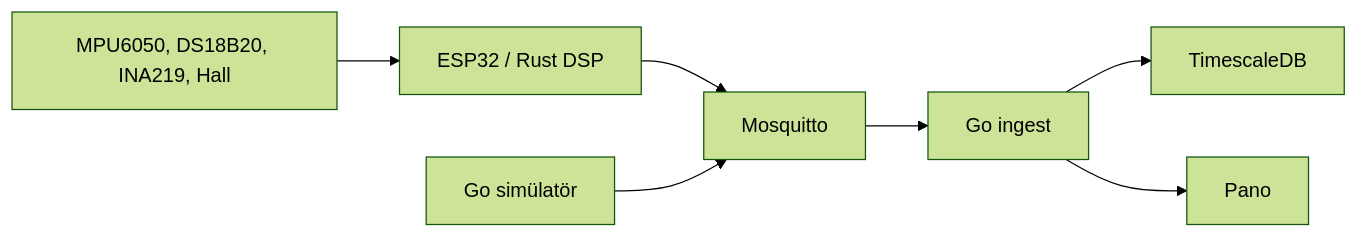
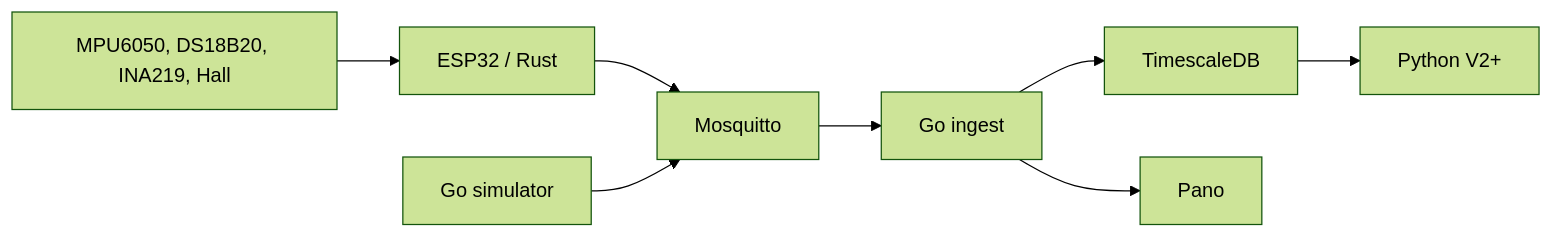
One commit to diclebolek/devopsProjeSon changed the second of 2 diagrams in sentra/README.md. Above: the diagram before and after it, drawn with Mermaid (forest theme). The commit also changed other lines of this file and 2 other files, not shown here.

````diff
--- a/sentra/README.md
+++ b/sentra/README.md
@@ -7,9 +102,10 @@
 ```mermaid
 flowchart LR
-  sensors["MPU6050, DS18B20, INA219, Hall"] --> edge["ESP32 / Rust DSP"]
+  sensors["MPU6050, DS18B20, INA219, Hall"] --> edge["ESP32 / Rust"]
   edge --> broker["Mosquitto"]
-  sim["Go simülatör"] --> broker
+  sim["Go simulator"] --> broker
   broker --> ingest["Go ingest"]
   ingest --> db["TimescaleDB"]
   ingest --> ui["Pano"]
+  db --> py["Python V2+"]
 ```
````
